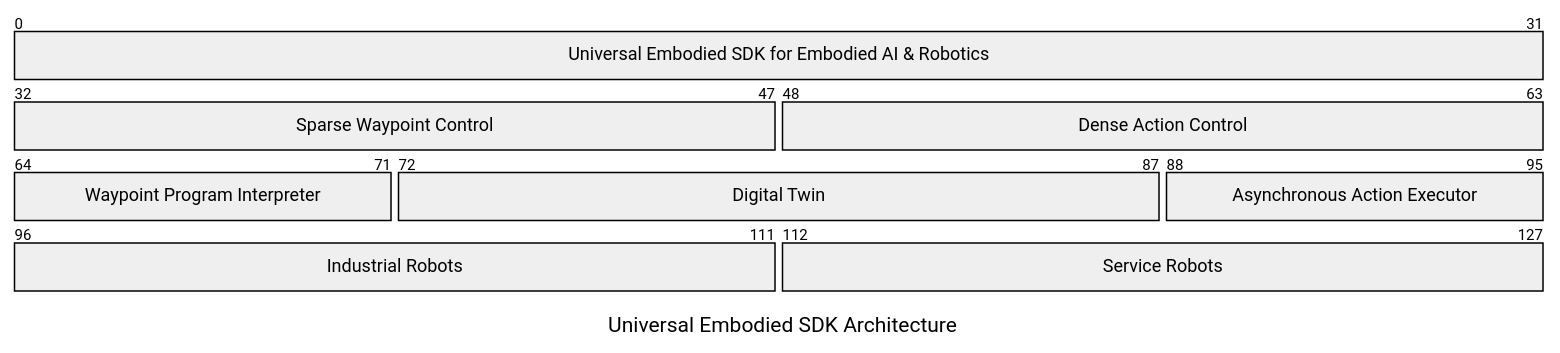
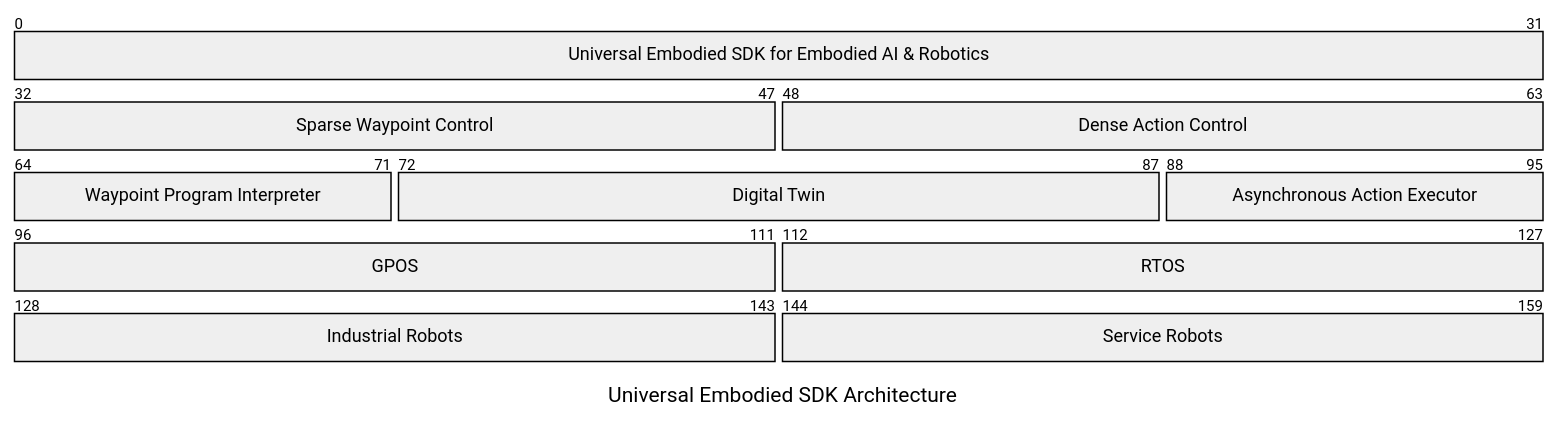
The second of 2 diagrams in profile/README.md (MarkovChenITRI/.github), drawn with Mermaid before and after one commit. The commit also changed other lines of this file, not shown here.

````diff
--- a/profile/README.md
+++ b/profile/README.md
@@ -67,14 +67,16 @@
 ```mermaid
 ---
 title: Universal Embodied SDK Architecture
 ---
 packet
 0-31: "Universal Embodied SDK for Embodied AI & Robotics"
 32-47: "Sparse Waypoint Control"
 48-63: "Dense Action Control"
 64-71: "Waypoint Program Interpreter"
 72-87: "Digital Twin"
 88-95: "Asynchronous Action Executor"
-96-111: "Industrial Robots"
-112-127: "Service Robots"
+96-111: "GPOS"
+112-127: "RTOS"
+128-143: "Industrial Robots"
+144-159: "Service Robots"
 ```
````
